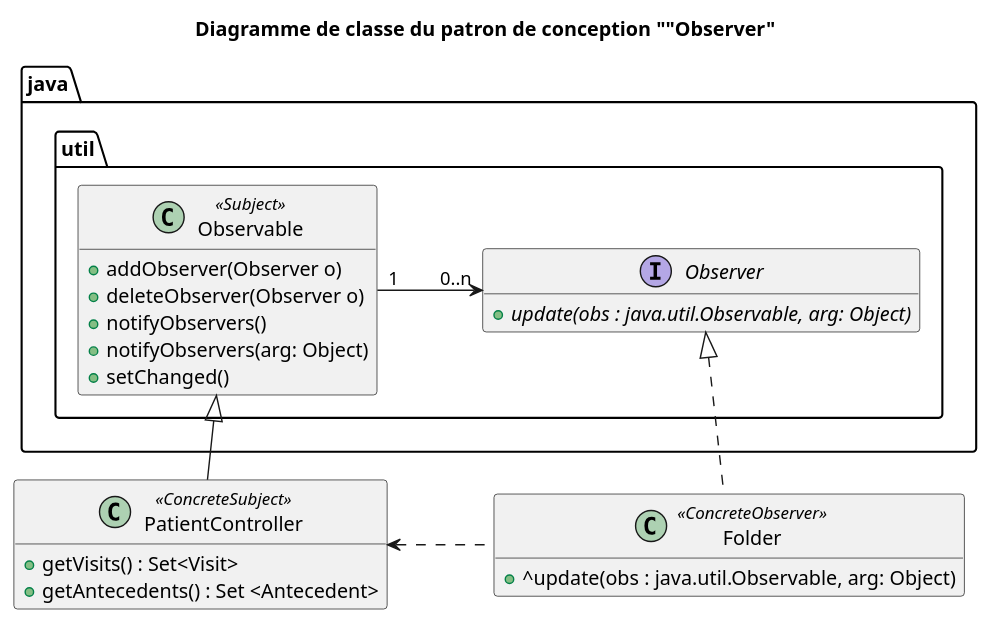
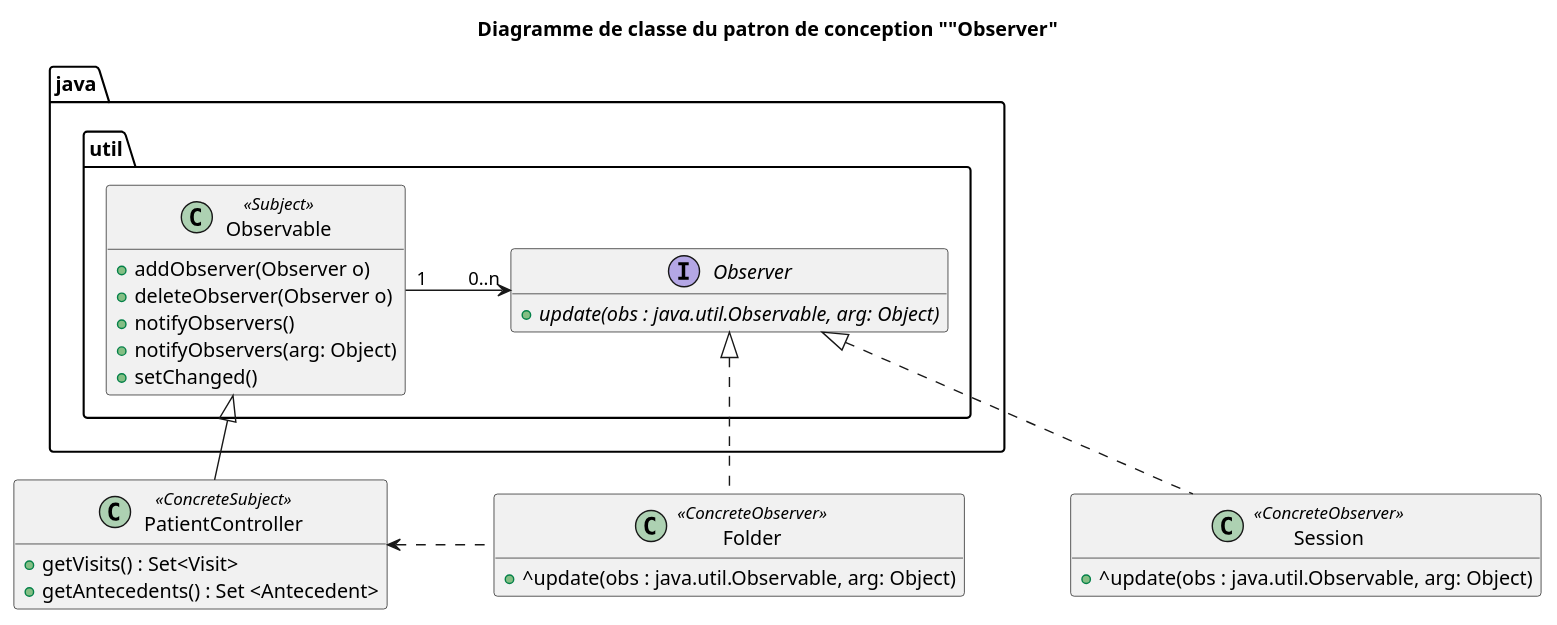
One commit to fethiuqam/INF5153-Projet-Session changed the diagram in models/Diagramme_Pattern/Pattern_observer/class_diagram.puml. Above: the diagram before and after it, drawn with PlantUML. The commit also changed 14 other files, not shown here.

Commit message:
mise a jour des diagrammes des patern

```diff
--- a/models/Diagramme_Pattern/Pattern_observer/class_diagram.puml
+++ b/models/Diagramme_Pattern/Pattern_observer/class_diagram.puml
@@ -1,36 +1,42 @@
 @startuml
 
 skinparam nodesep 75
 
 hide empty members
 title Diagramme de classe du patron de conception ""Observer"
 
 class java.util.Observable <<Subject>>  {
   + addObserver(Observer o)
   + deleteObserver(Observer o)
   + notifyObservers()
   + notifyObservers(arg: Object)
   + setChanged()
 }
 
 interface java.util.Observer {
   + {abstract} update(obs : java.util.Observable, arg: Object)
 }
 
 java.util.Observable "1" -> "0..n" java.util.Observer
 
 class  PatientController  <<ConcreteSubject>> {
   + getVisits() : Set<Visit>
   + getAntecedents() : Set <Antecedent>
 }
 
 java.util.Observable <|-- PatientController
 
 class Folder <<ConcreteObserver>> {
   + ^update(obs : java.util.Observable, arg: Object)
 }
 
+class Session <<ConcreteObserver>> {
+  + ^update(obs : java.util.Observable, arg: Object)
+}
+
 java.util.Observer <|.. Folder
+java.util.Observer <|.. Session
+
 PatientController <. Folder
 
 @enduml
```
